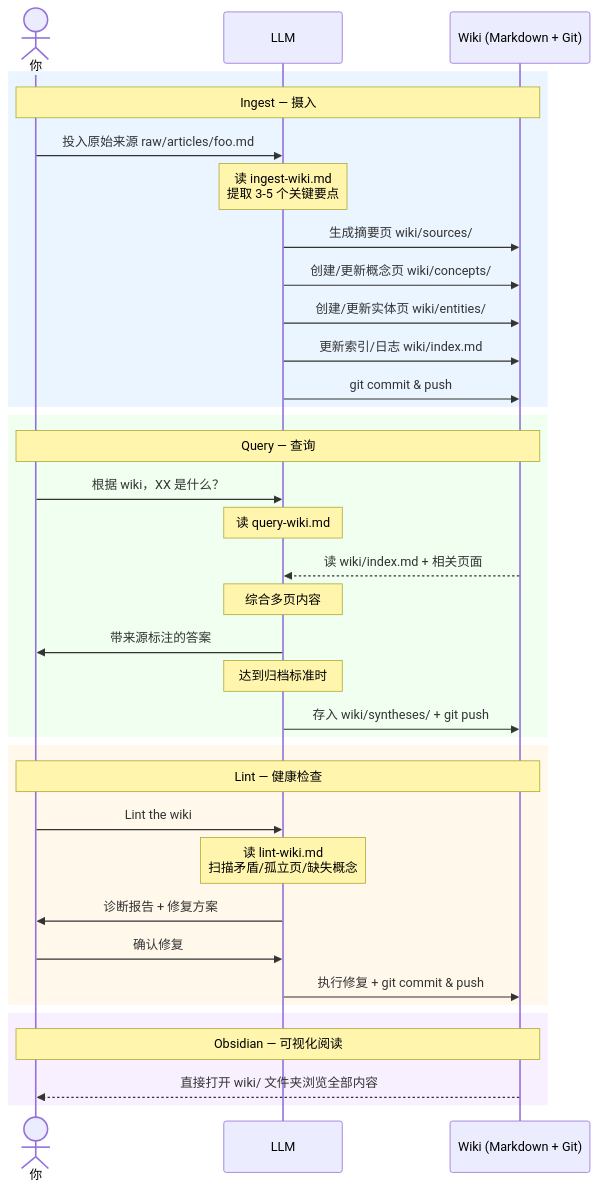
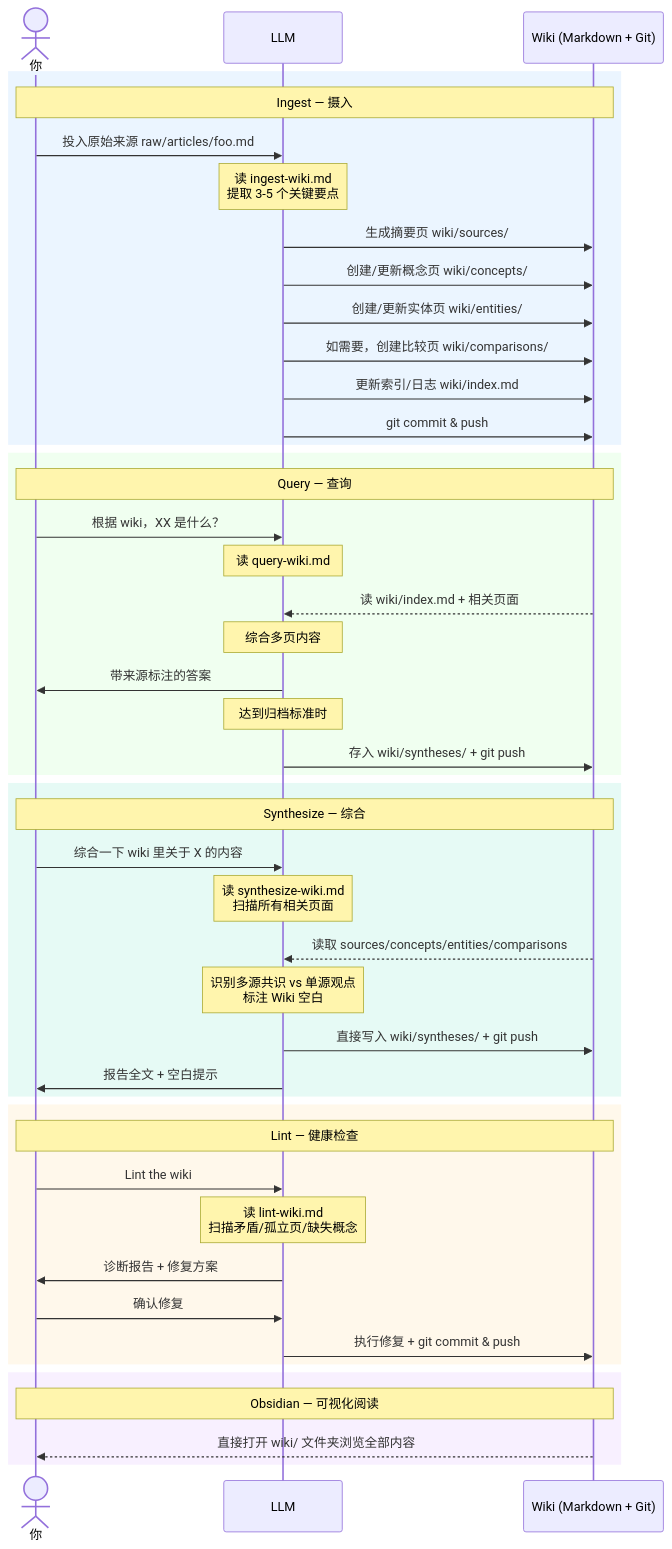
The diagram in README.md (xiaoyuze88/karpathy-llm-wiki-boilerplate), drawn with Mermaid before and after one commit. The commit also changed other lines of this file and 16 other files, not shown here.

````diff
--- a/README.md
+++ b/README.md
@@ -29,42 +29,53 @@
 ```mermaid
 sequenceDiagram
     actor 你
     participant LLM
     participant Wiki as Wiki (Markdown + Git)
 
     rect rgb(235, 245, 255)
         Note over 你,Wiki: Ingest — 摄入
         你->>LLM: 投入原始来源 raw/articles/foo.md
         Note over LLM: 读 ingest-wiki.md<br/>提取 3-5 个关键要点
         LLM->>Wiki: 生成摘要页 wiki/sources/
         LLM->>Wiki: 创建/更新概念页 wiki/concepts/
         LLM->>Wiki: 创建/更新实体页 wiki/entities/
+        LLM->>Wiki: 如需要，创建比较页 wiki/comparisons/
         LLM->>Wiki: 更新索引/日志 wiki/index.md
         LLM->>Wiki: git commit & push
     end
 
     rect rgb(240, 255, 240)
         Note over 你,Wiki: Query — 查询
         你->>LLM: 根据 wiki，XX 是什么？
         Note over LLM: 读 query-wiki.md
         Wiki-->>LLM: 读 wiki/index.md + 相关页面
         Note over LLM: 综合多页内容
         LLM->>你: 带来源标注的答案
         Note over LLM: 达到归档标准时
         LLM->>Wiki: 存入 wiki/syntheses/ + git push
+    end
+
+    rect rgb(230, 250, 245)
+        Note over 你,Wiki: Synthesize — 综合
+        你->>LLM: 综合一下 wiki 里关于 X 的内容
+        Note over LLM: 读 synthesize-wiki.md<br/>扫描所有相关页面
+        Wiki-->>LLM: 读取 sources/concepts/entities/comparisons
+        Note over LLM: 识别多源共识 vs 单源观点<br/>标注 Wiki 空白
+        LLM->>Wiki: 直接写入 wiki/syntheses/ + git push
+        LLM->>你: 报告全文 + 空白提示
     end
 
     rect rgb(255, 248, 235)
         Note over 你,Wiki: Lint — 健康检查
         你->>LLM: Lint the wiki
         Note over LLM: 读 lint-wiki.md<br/>扫描矛盾/孤立页/缺失概念
         LLM->>你: 诊断报告 + 修复方案
         你->>LLM: 确认修复
         LLM->>Wiki: 执行修复 + git commit & push
     end
 
     rect rgb(248, 240, 255)
         Note over 你,Wiki: Obsidian — 可视化阅读
         Wiki-->>你: 直接打开 wiki/ 文件夹浏览全部内容
     end
 ```
````
